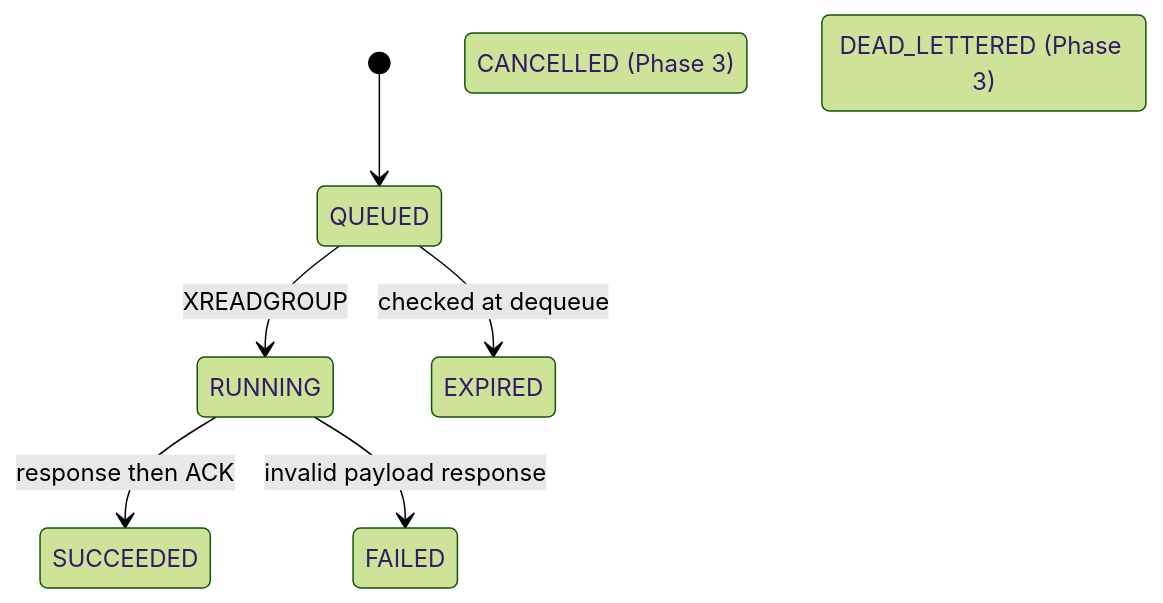
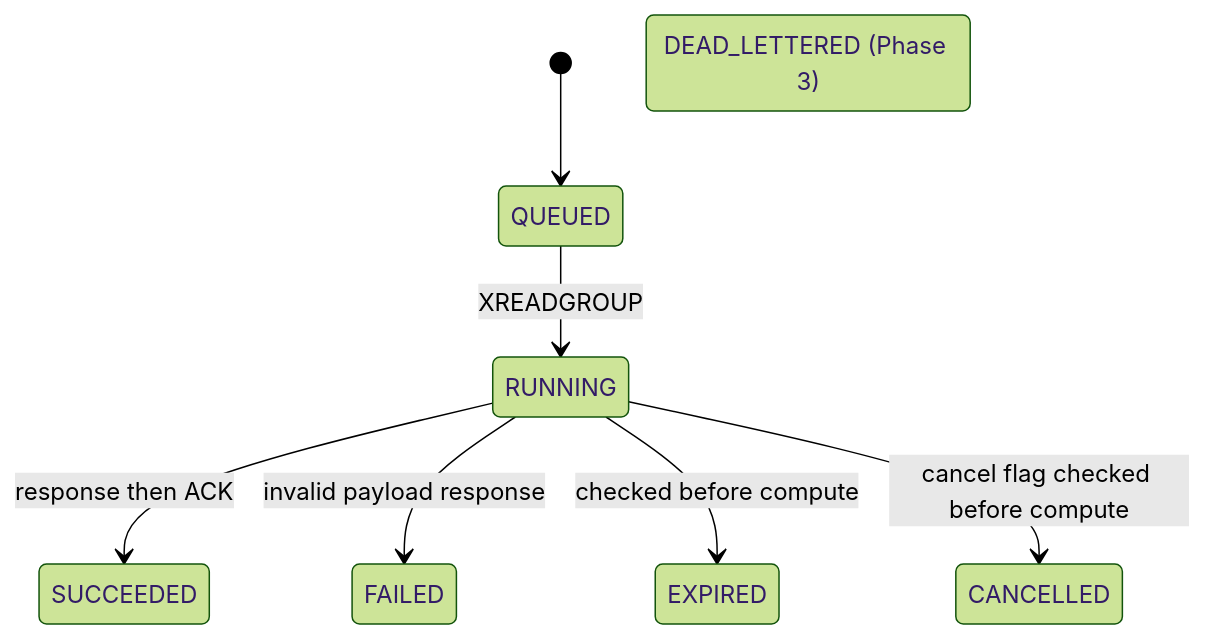
One commit to aashikazim/distributed-ml-Inference changed the third of 4 diagrams in docs/ARCHITECTURE.md. Above: the diagram before and after it, drawn with Mermaid (forest theme). The commit also changed other lines of this file and 15 other files, not shown here.

````diff
--- a/docs/ARCHITECTURE.md
+++ b/docs/ARCHITECTURE.md
@@ -72,10 +77,10 @@
 ```mermaid
 stateDiagram-v2
     [*] --> QUEUED
     QUEUED --> RUNNING: XREADGROUP
     RUNNING --> SUCCEEDED: response then ACK
     RUNNING --> FAILED: invalid payload response
-    QUEUED --> EXPIRED: checked at dequeue
-    state "CANCELLED (Phase 3)" as CANCELLED
+    RUNNING --> EXPIRED: checked before compute
+    RUNNING --> CANCELLED: cancel flag checked before compute
     state "DEAD_LETTERED (Phase 3)" as DEAD_LETTERED
 ```
````
